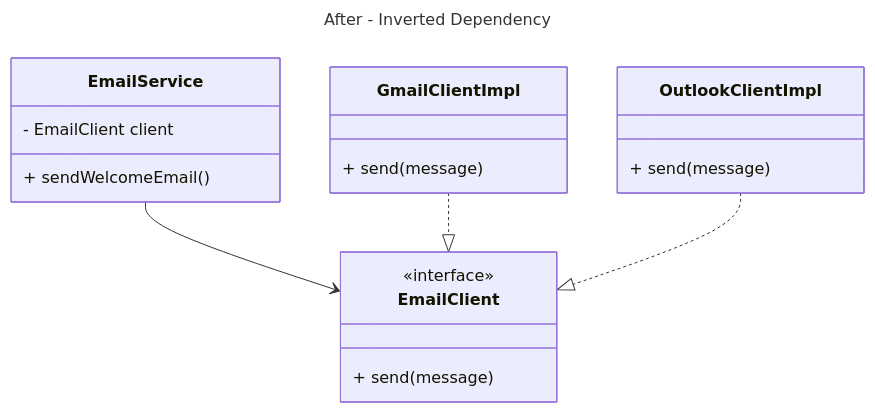
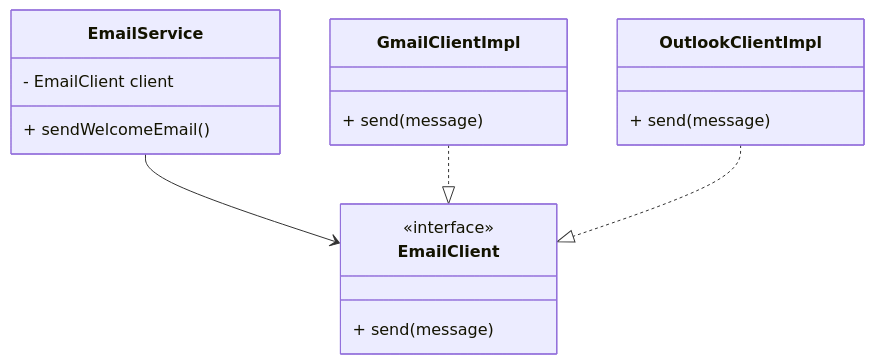
The second of 2 diagrams in SOLID Design Principle/Dependency Inversion Principle (DIP)/README.md (Pritam-25/System-Design), drawn with Mermaid before and after one commit. The commit also changed other lines of this file and 18 other files, not shown here.

````diff
--- a/SOLID Design Principle/Dependency Inversion Principle (DIP)/README.md
+++ b/SOLID Design Principle/Dependency Inversion Principle (DIP)/README.md
@@ -178,35 +182,24 @@
 ```mermaid
----
-config:
-  look: classic
-  fontFamily: '''Merriweather Variable'', serif'
-  themeVariables:
-    fontFamily: '''Merriweather Variable'', serif'
-  layout: dagre
-title: After - Inverted Dependency
----
 classDiagram
-direction TB
     class EmailService {
-	    - EmailClient client
-	    + sendWelcomeEmail()
+        - EmailClient client
+        + sendWelcomeEmail()
     }
 
     class EmailClient {
-	    + send(message)
+        <<interface>>
+        + send(message)
     }
 
     class GmailClientImpl {
-	    + send(message)
+        + send(message)
     }
 
     class OutlookClientImpl {
-	    + send(message)
+        + send(message)
     }
-
-	<<interface>> EmailClient
 
     EmailService --> EmailClient
     GmailClientImpl ..|> EmailClient
     OutlookClientImpl ..|> EmailClient
 ```
````
